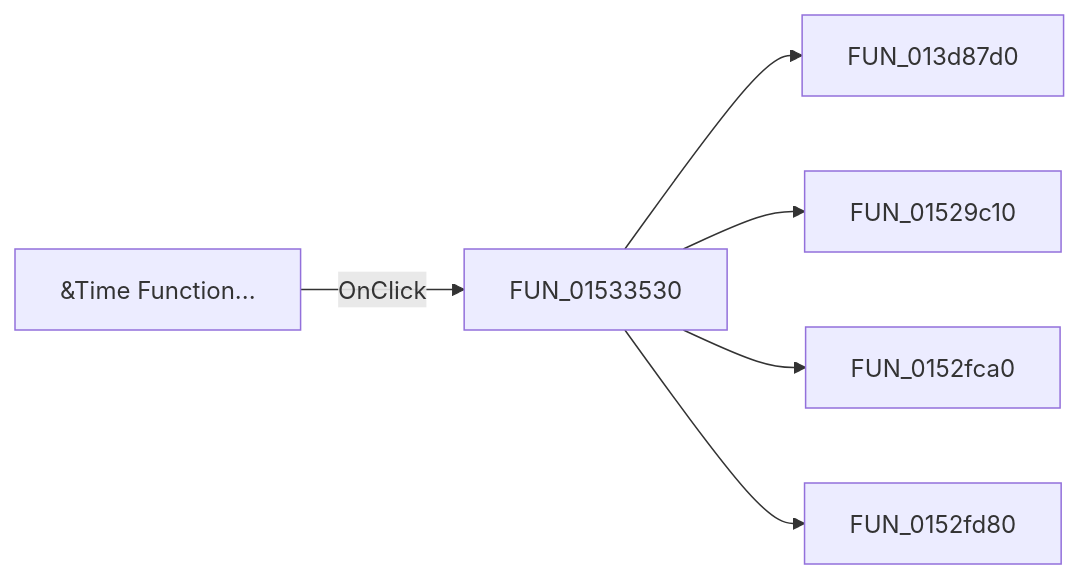
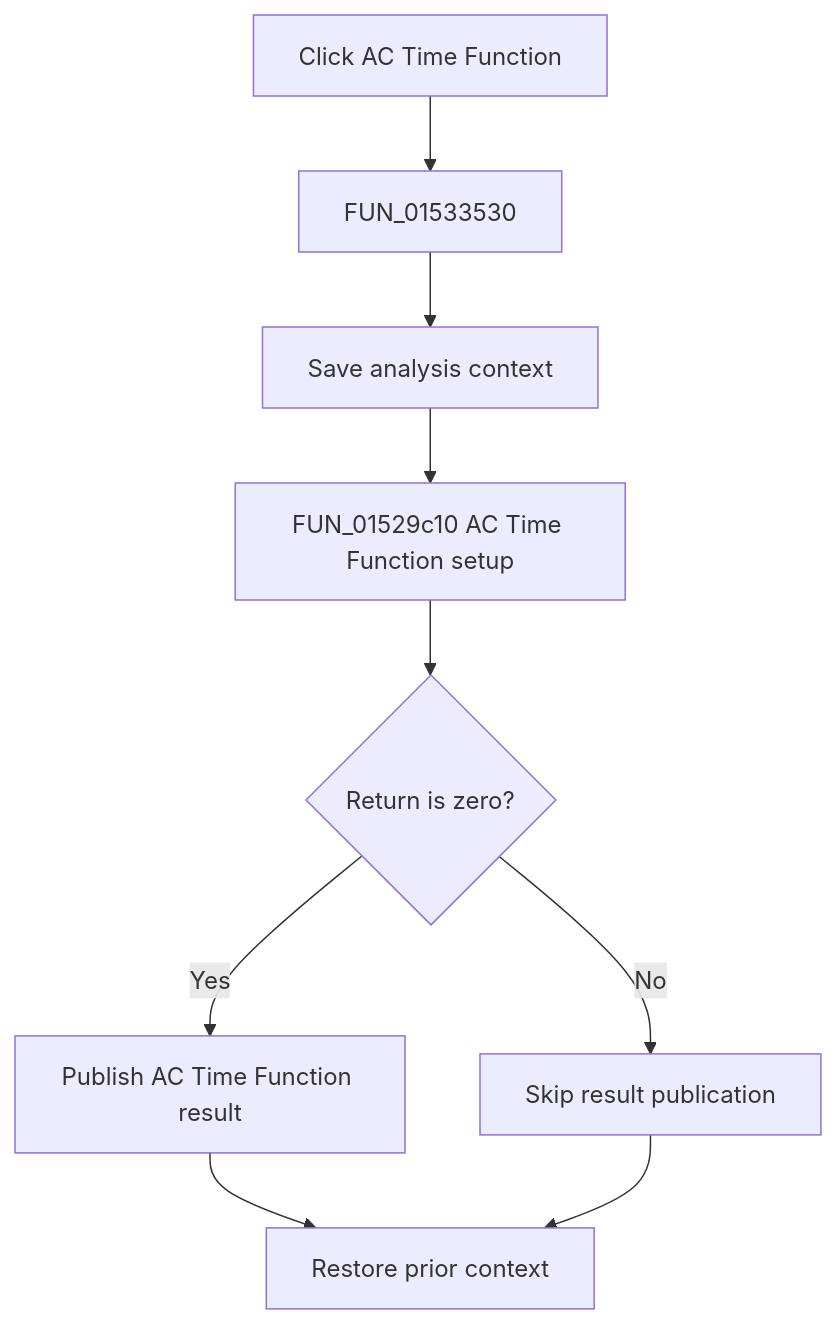
The diagram in docs/ui-controls/netlisteditor/miactimefunction-ed3fcc3e7c.md (MovGP0/TIARA), drawn with Mermaid before and after one commit. The commit also changed other lines of this file and 1062 other files, not shown here.

````diff
--- a/docs/ui-controls/netlisteditor/miactimefunction-ed3fcc3e7c.md
+++ b/docs/ui-controls/netlisteditor/miactimefunction-ed3fcc3e7c.md
@@ -27,8 +29,11 @@
 ```mermaid
-flowchart LR
-    control["&Time Function..."] -->|OnClick| handler["FUN_01533530"]
-    handler --> call1["FUN_013d87d0"]
-    handler --> call2["FUN_01529c10"]
-    handler --> call3["FUN_0152fca0"]
-    handler --> call4["FUN_0152fd80"]
+flowchart TD
+    control["Click AC Time Function"] --> handler["FUN_01533530"]
+    handler --> prepare["Save analysis context"]
+    prepare --> setup["FUN_01529c10 AC Time Function setup"]
+    setup --> zero{"Return is zero?"}
+    zero -->|Yes| publish["Publish AC Time Function result"]
+    zero -->|No| skip["Skip result publication"]
+    publish --> restore["Restore prior context"]
+    skip --> restore
 ```
````
